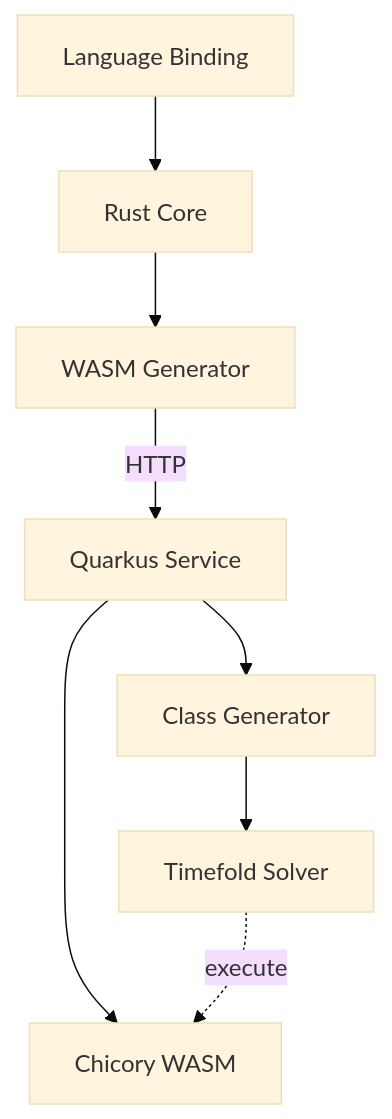
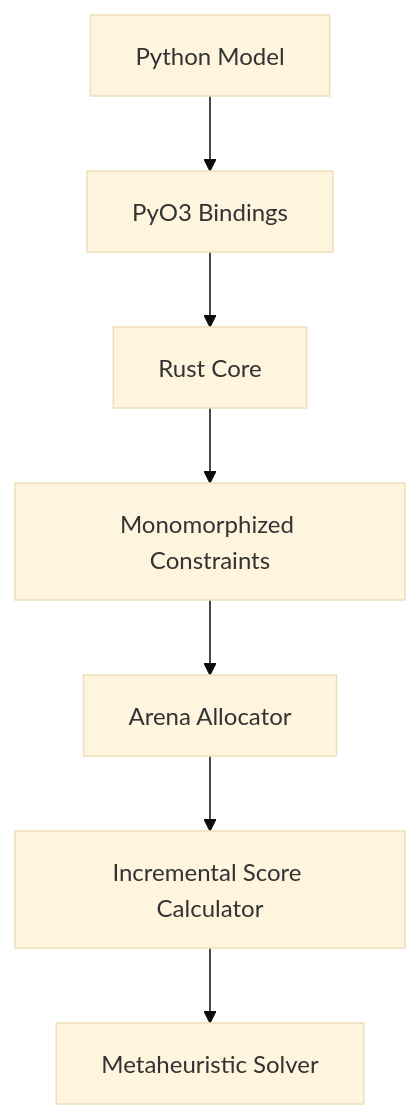
Before and after one commit to blackopsrepl/blackopsrepl: the second of 2 diagrams in content/Portfolio/1765120232288-SolverForge---a-constraint-programming-framework-for-Rust-and-Python/index.md, drawn with Mermaid (base theme). The commit also changed other lines of this file and 13 other files, not shown here.

```diff
--- a/content/Portfolio/1765120232288-SolverForge---a-constraint-programming-framework-for-Rust-and-Python/index.md
+++ b/content/Portfolio/1765120232288-SolverForge---a-constraint-programming-framework-for-Rust-and-Python/index.md
@@ -48,12 +48,11 @@
 {{< mermaid >}}
 graph TD
-    A["Language Binding"]
+    A["Python Model"]
 
-    A --> B["Rust Core"]
-    B --> C["WASM Generator"]
-    C -->|HTTP| D["Quarkus Service"]
-    D --> E["Chicory WASM"]
-    D --> F["Class Generator"]
-    F --> G["Timefold Solver"]
-    G -.->|execute| E
+    A --> B["PyO3 Bindings"]
+    B --> C["Rust Core"]
+    C --> D["Monomorphized Constraints"]
+    D --> E["Arena Allocator"]
+    E --> F["Incremental Score Calculator"]
+    F --> G["Metaheuristic Solver"]
 {{< /mermaid >}}
```
